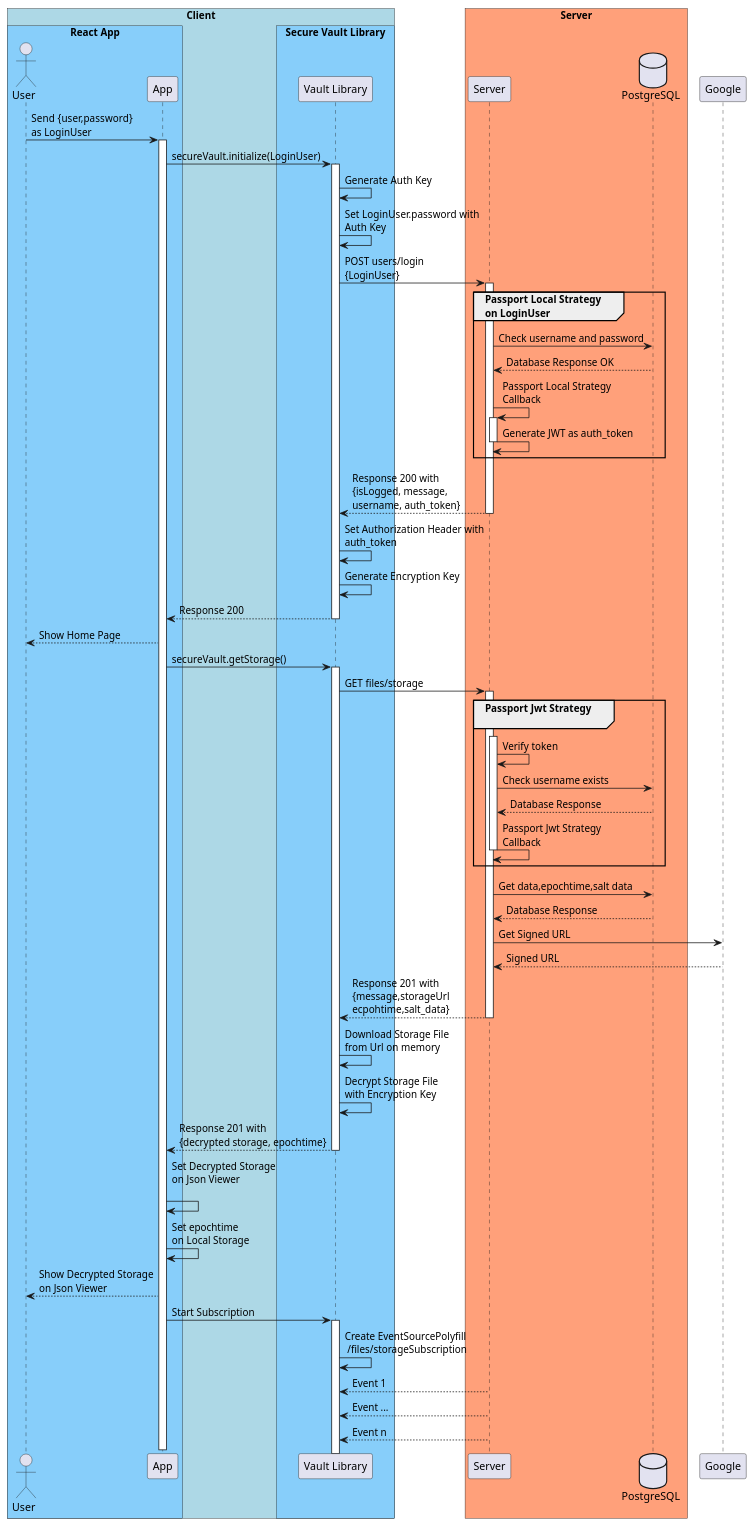
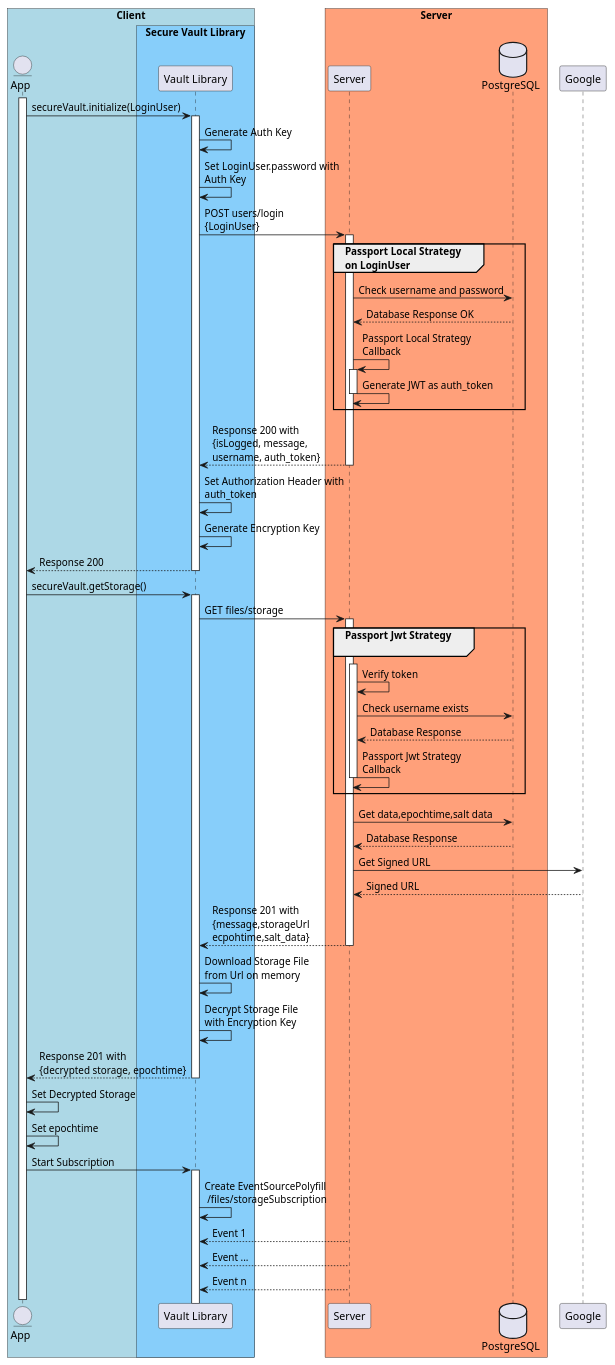
The diagram in diagrams/initialize.puml (alexisruiz96/secure-vault), drawn with PlantUML before and after one commit. The commit also changed 16 other files, not shown here.

Commit message:
Update flow diagrams

```diff
--- a/diagrams/initialize.puml
+++ b/diagrams/initialize.puml
@@ -1,73 +1,67 @@
-@startuml Initialize
+@startuml InitializeV2
 !pragma teoz true
 
 box "Client" #LightBlue
-box "React App" #LightSkyBlue
-actor User
-participant App
-end box
+entity App
 box "Secure Vault Library" #LightSkyBlue
 participant "Vault Library" as SVC
 end box
 end box
 box "Server" #LightSalmon
 participant Server
 database PostgreSQL
 end box
 
-User -> App: Send {user,password}\nas LoginUser
 activate App
     App -> SVC: secureVault.initialize(LoginUser)
     activate SVC
         SVC -> SVC: Generate Auth Key
         SVC -> SVC: Set LoginUser.password with\nAuth Key
         SVC -> Server: POST users/login\n{LoginUser}
         activate Server
         group Passport Local Strategy\non LoginUser
             Server -> PostgreSQL: Check username and password
             Server <-- PostgreSQL: Database Response OK
             Server -> Server: Passport Local Strategy\nCallback
             activate Server
             Server -> Server: Generate JWT as auth_token
             deactivate Server
         end
         SVC <-- Server: Response 200 with\n{isLogged, message,\nusername, auth_token}
         deactivate Server
         SVC -> SVC: Set Authorization Header with\nauth_token
         SVC -> SVC: Generate Encryption Key
         App <-- SVC: Response 200
         deactivate SVC
-        User <-- App: Show Home Page
         App -> SVC: secureVault.getStorage()
         activate SVC
         SVC -> Server: GET files/storage
         activate Server
         group Passport Jwt Strategy\n
         activate Server
             Server -> Server: Verify token
             Server -> PostgreSQL: Check username exists
             Server <-- PostgreSQL: Database Response
             Server -> Server: Passport Jwt Strategy\nCallback
         deactivate Server
         end
         Server -> PostgreSQL: Get data,epochtime,salt data
         Server <-- PostgreSQL: Database Response
         Server -> Google: Get Signed URL
         Server <-- Google: Signed URL
         SVC <-- Server: Response 201 with\n{message,storageUrl\necpohtime,salt_data}
         deactivate Server
         SVC -> SVC: Download Storage File\nfrom Url on memory
         SVC -> SVC: Decrypt Storage File\nwith Encryption Key
         App <-- SVC: Response 201 with\n{decrypted storage, epochtime}
         deactivate SVC
-    App -> App: Set Decrypted Storage\non Json Viewer\n
-    App -> App: Set epochtime\non Local Storage
-    User <-- App: Show Decrypted Storage\non Json Viewer
+    App -> App: Set Decrypted Storage
+    App -> App: Set epochtime
     App -> SVC: Start Subscription
     activate SVC
     SVC -> SVC: Create EventSourcePolyfill \n /files/storageSubscription
     SVC <--Server: Event 1
     SVC <--Server: Event ...
     SVC <--Server: Event n
 deactivate App
 @enduml
```
